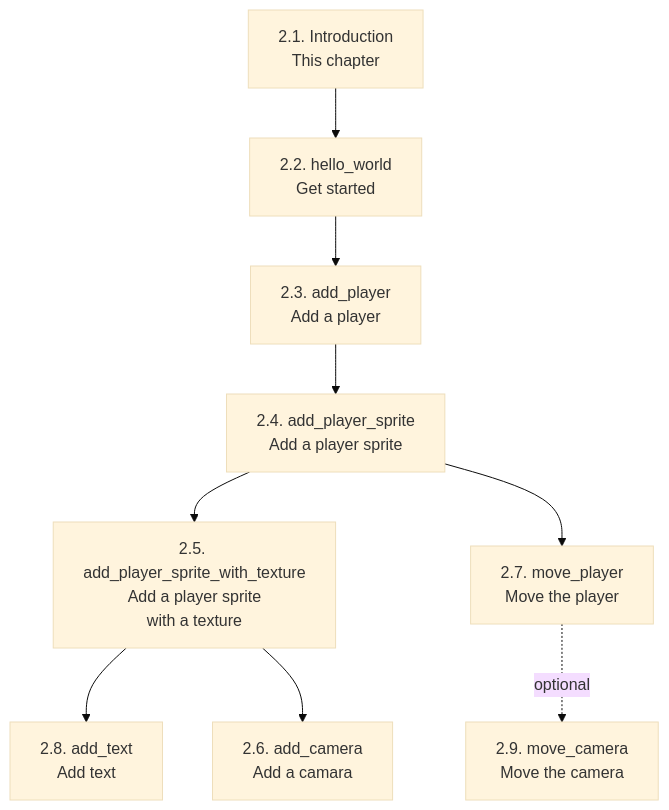
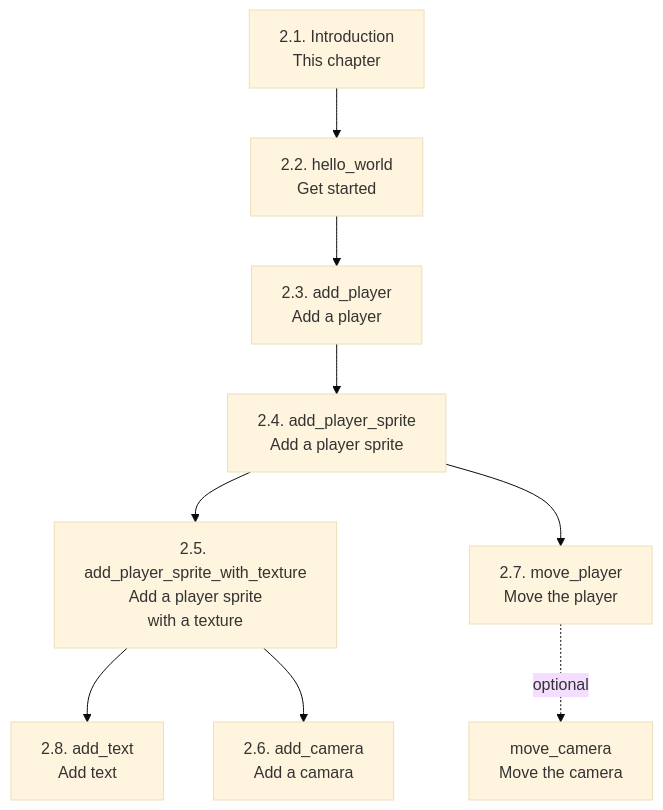
The diagram in docs/misc/basic_introduction.md (richelbilderbeek/bevy_tdd_book), drawn with Mermaid (base theme) before and after one commit. The commit also changed other lines of this file and 3 other files, not shown here.

Commit message:
'move_camera' is an extra chapter

````diff
--- a/docs/misc/basic_introduction.md
+++ b/docs/misc/basic_introduction.md
@@ -9,21 +9,21 @@
 ```mermaid
 flowchart TD
   introduction[2.1. Introduction\nThis chapter]
   hello_world[2.2. hello_world\nGet started]
   add_player[2.3. add_player\nAdd a player]
   add_player_sprite[2.4. add_player_sprite\nAdd a player sprite]
   add_player_sprite_with_texture[2.5. add_player_sprite_with_texture\nAdd a player sprite\nwith a texture]
   add_camera[2.6. add_camera\nAdd a camara]
   move_player[2.7. move_player\nMove the player]
   add_text[2.8. add_text\nAdd text]
-  move_camera[2.9. move_camera\nMove the camera]
+  move_camera[move_camera\nMove the camera]
 
   introduction --> hello_world
   hello_world --> add_player
   add_player --> add_player_sprite
   add_player_sprite --> add_player_sprite_with_texture
   add_player_sprite_with_texture --> add_text
   add_player_sprite_with_texture --> add_camera
   add_player_sprite --> move_player
   move_player -.-> |optional| move_camera
 ```
````
